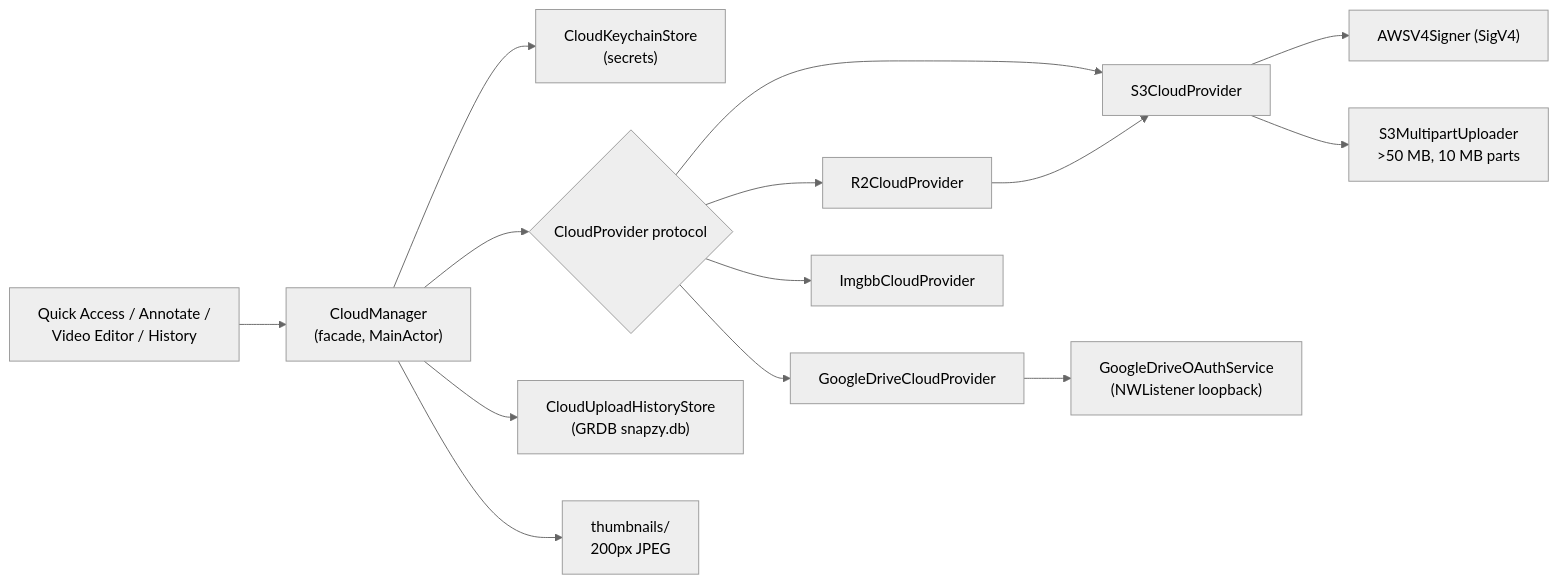
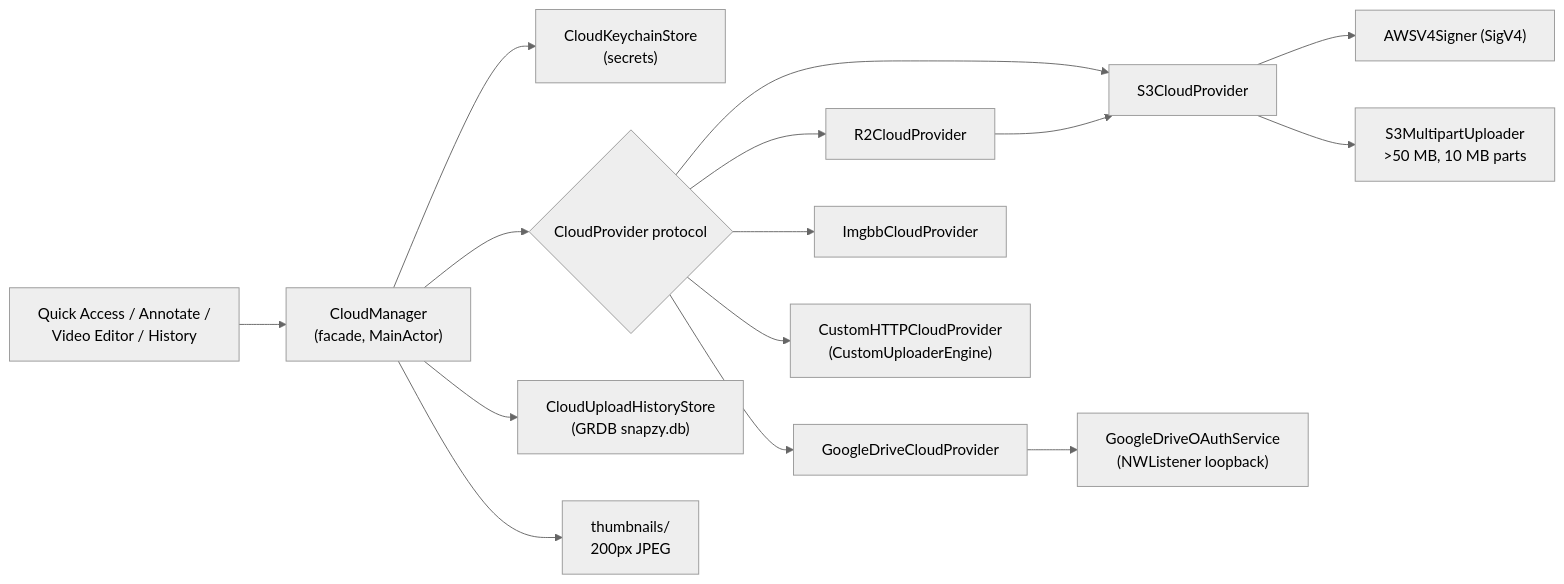
Before and after one commit to duongductrong/Snapzy: the diagram in docs/CLOUD.md, drawn with Mermaid (neutral theme). The commit also changed other lines of this file and 225 other files, not shown here.

First line of the commit message:
feat: Added Universal Automations and custom HTTP uploader (#813)

````diff
--- a/docs/CLOUD.md
+++ b/docs/CLOUD.md
@@ -19,16 +21,17 @@
 ```mermaid
 flowchart LR
     UI["Quick Access / Annotate /<br/>Video Editor / History"] --> CM["CloudManager<br/>(facade, MainActor)"]
     CM --> KS["CloudKeychainStore<br/>(secrets)"]
     CM --> P{"CloudProvider protocol"}
     P --> S3["S3CloudProvider"]
     P --> R2["R2CloudProvider"]
     P --> GD["GoogleDriveCloudProvider"]
     P --> IB["ImgbbCloudProvider"]
+    P --> CU["CustomHTTPCloudProvider<br/>(CustomUploaderEngine)"]
     S3 --> SIG["AWSV4Signer (SigV4)"]
     S3 --> MP["S3MultipartUploader<br/>>50 MB, 10 MB parts"]
     R2 --> S3
     GD --> OA["GoogleDriveOAuthService<br/>(NWListener loopback)"]
     CM --> DB["CloudUploadHistoryStore<br/>(GRDB snapzy.db)"]
     CM --> TH["thumbnails/<br/>200px JPEG"]
 ```
````
